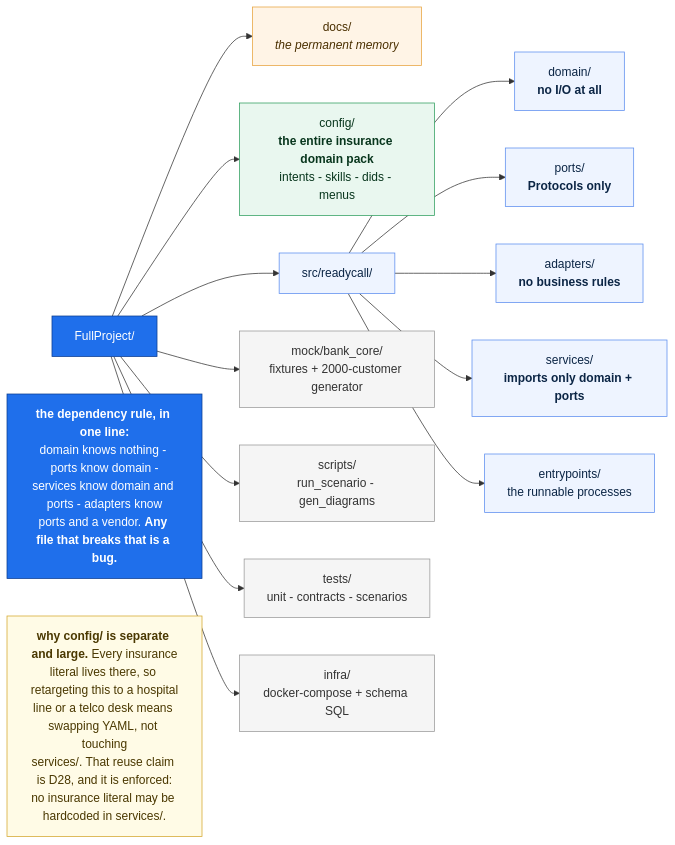
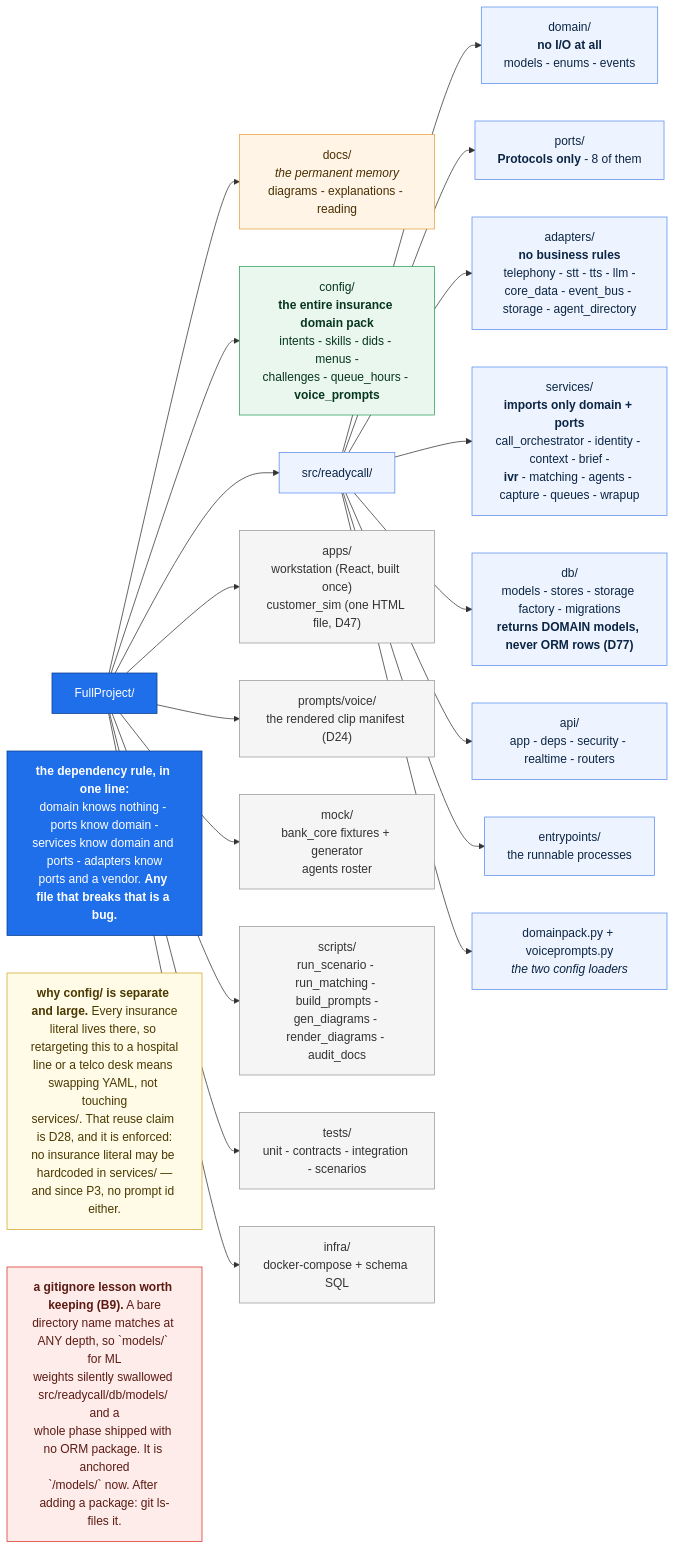
The diagram in docs/diagrams/src/folder_structure.mmd (anakom-suvonvorn/Krungsri-ReadyCall), drawn with Mermaid before and after one commit. The commit also changed 33 other files, not shown here.

First line of the commit message:
docs: a staleness sweep of the hand-drawn diagrams

```diff
--- a/docs/diagrams/src/folder_structure.mmd
+++ b/docs/diagrams/src/folder_structure.mmd
@@ -1,29 +1,37 @@
-%% HANDWRITTEN. Checked against src/ tree on disk
+%% HANDWRITTEN. Checked against the src/ tree on disk, 2026-08-26
 flowchart LR
     ROOT["FullProject/"]:::root
-    ROOT --> DOCS["docs/<br/><i>the permanent memory</i>"]:::docs
-    ROOT --> CFG["config/<br/><b>the entire insurance domain pack</b><br/>intents - skills - dids - menus"]:::cfg
+    ROOT --> DOCS["docs/<br/><i>the permanent memory</i><br/>diagrams - explanations - reading"]:::docs
+    ROOT --> CFG["config/<br/><b>the entire insurance domain pack</b><br/>intents - skills - dids - menus -<br/>challenges - queue_hours - <b>voice_prompts</b>"]:::cfg
     ROOT --> SRC["src/readycall/"]:::src
-    ROOT --> MOCK["mock/bank_core/<br/>fixtures + 2000-customer generator"]:::misc
-    ROOT --> SCR["scripts/<br/>run_scenario - gen_diagrams"]:::misc
-    ROOT --> TST["tests/<br/>unit - contracts - scenarios"]:::misc
+    ROOT --> APPS["apps/<br/>workstation (React, built once)<br/>customer_sim (one HTML file, D47)"]:::misc
+    ROOT --> PR["prompts/voice/<br/>the rendered clip manifest (D24)"]:::misc
+    ROOT --> MOCK["mock/<br/>bank_core fixtures + generator<br/>agents roster"]:::misc
+    ROOT --> SCR["scripts/<br/>run_scenario - run_matching - build_prompts -<br/>gen_diagrams - render_diagrams - audit_docs"]:::misc
+    ROOT --> TST["tests/<br/>unit - contracts - integration - scenarios"]:::misc
     ROOT --> INF["infra/<br/>docker-compose + schema SQL"]:::misc
 
-    SRC --> D1["domain/<br/><b>no I/O at all</b>"]:::layer
-    SRC --> D2["ports/<br/><b>Protocols only</b>"]:::layer
-    SRC --> D3["adapters/<br/><b>no business rules</b>"]:::layer
-    SRC --> D4["services/<br/><b>imports only domain + ports</b>"]:::layer
-    SRC --> D5["entrypoints/<br/>the runnable processes"]:::layer
+    SRC --> D1["domain/<br/><b>no I/O at all</b><br/>models - enums - events"]:::layer
+    SRC --> D2["ports/<br/><b>Protocols only</b> - 8 of them"]:::layer
+    SRC --> D3["adapters/<br/><b>no business rules</b><br/>telephony - stt - tts - llm -<br/>core_data - event_bus - storage - agent_directory"]:::layer
+    SRC --> D4["services/<br/><b>imports only domain + ports</b><br/>call_orchestrator - identity - context - brief -<br/><b>ivr</b> - matching - agents - capture - queues - wrapup"]:::layer
+    SRC --> D5["db/<br/>models - stores - storage factory - migrations<br/><b>returns DOMAIN models, never ORM rows (D77)</b>"]:::layer
+    SRC --> D6["api/<br/>app - deps - security - realtime - routers"]:::layer
+    SRC --> D7["entrypoints/<br/>the runnable processes"]:::layer
+    SRC --> D8["domainpack.py + voiceprompts.py<br/><i>the two config loaders</i>"]:::layer
 
     RULE["<b>the dependency rule, in one line:</b><br/>domain knows nothing - ports know domain -<br/>services know domain and ports - adapters know<br/>ports and a vendor. <b>Any file that breaks that is a bug.</b>"]:::key
 
-    CFGN["<b>why config/ is separate and large.</b> Every insurance<br/>literal lives there, so retargeting this to a hospital<br/>line or a telco desk means swapping YAML, not touching<br/>services/. That reuse claim is D28, and it is enforced:<br/>no insurance literal may be hardcoded in services/."]:::note
+    CFGN["<b>why config/ is separate and large.</b> Every insurance<br/>literal lives there, so retargeting this to a hospital<br/>line or a telco desk means swapping YAML, not touching<br/>services/. That reuse claim is D28, and it is enforced:<br/>no insurance literal may be hardcoded in services/ —<br/>and since P3, no prompt id either."]:::note
+
+    GI["<b>a gitignore lesson worth keeping (B9).</b> A bare<br/>directory name matches at ANY depth, so `models/` for ML<br/>weights silently swallowed src/readycall/db/models/ and a<br/>whole phase shipped with no ORM package. It is anchored<br/>`/models/` now. After adding a package: git ls-files it."]:::warn
 
     classDef root fill:#1f6feb,stroke:#0b3d91,color:#fff
     classDef docs fill:#fff4e6,stroke:#e8a33d,color:#4a2f00
     classDef cfg fill:#e9f7ef,stroke:#2f9e5f,color:#08361d
     classDef src fill:#eef4ff,stroke:#5b8def,color:#0b2545
     classDef layer fill:#eef4ff,stroke:#5b8def,color:#0b2545
     classDef misc fill:#f5f5f5,stroke:#999,color:#333
     classDef key fill:#1f6feb,stroke:#0b3d91,color:#fff
     classDef note fill:#fffbe6,stroke:#d4a72c,color:#4a3800
+    classDef warn fill:#fdecea,stroke:#d93025,color:#5c1a13
```
